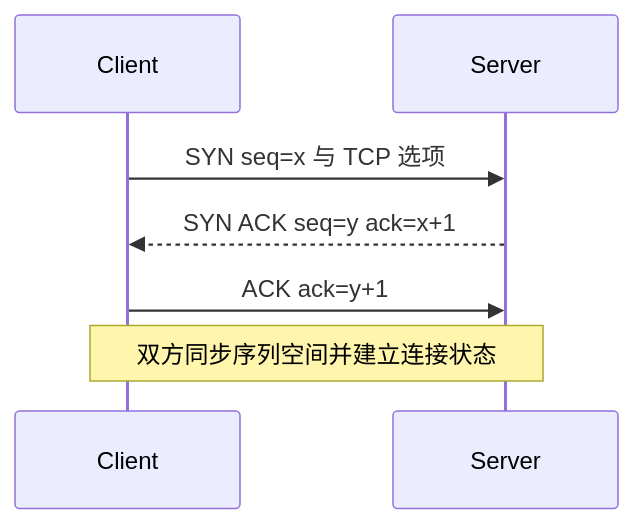
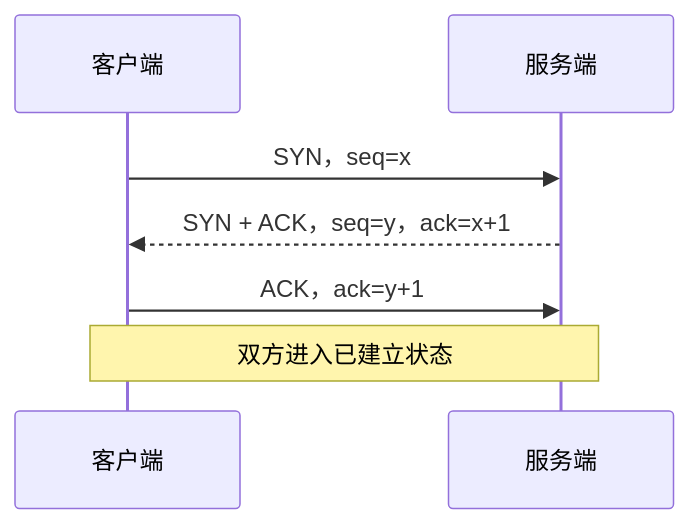
One commit to ranxi2001/zero2Leetcode changed the second of 3 diagrams in 05_interview/fundamentals/cs-core/computer-network/03-transport-tcp/index.md. Above: the diagram before and after it, drawn with Mermaid. The commit also changed other lines of this file and 38 other files, not shown here.

````diff
--- a/05_interview/fundamentals/cs-core/computer-network/03-transport-tcp/index.md
+++ b/05_interview/fundamentals/cs-core/computer-network/03-transport-tcp/index.md
@@ -110,9 +81,9 @@
 ```mermaid
 sequenceDiagram
-    participant C as Client
-    participant S as Server
-    C->>S: SYN seq=x 与 TCP 选项
-    S-->>C: SYN ACK seq=y ack=x+1
-    C->>S: ACK ack=y+1
-    Note over C,S: 双方同步序列空间并建立连接状态
+    participant C as 客户端
+    participant S as 服务端
+    C->>S: SYN，seq=x
+    S-->>C: SYN + ACK，seq=y，ack=x+1
+    C->>S: ACK，ack=y+1
+    Note over C,S: 双方进入已建立状态
 ```
````
